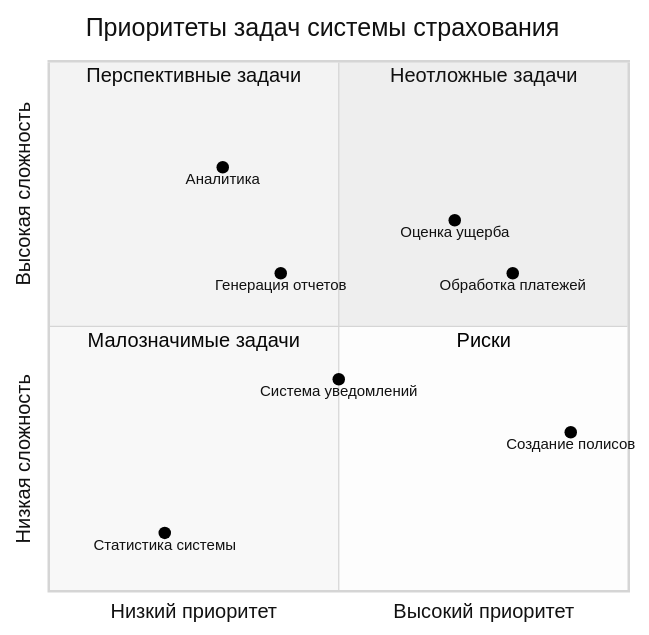
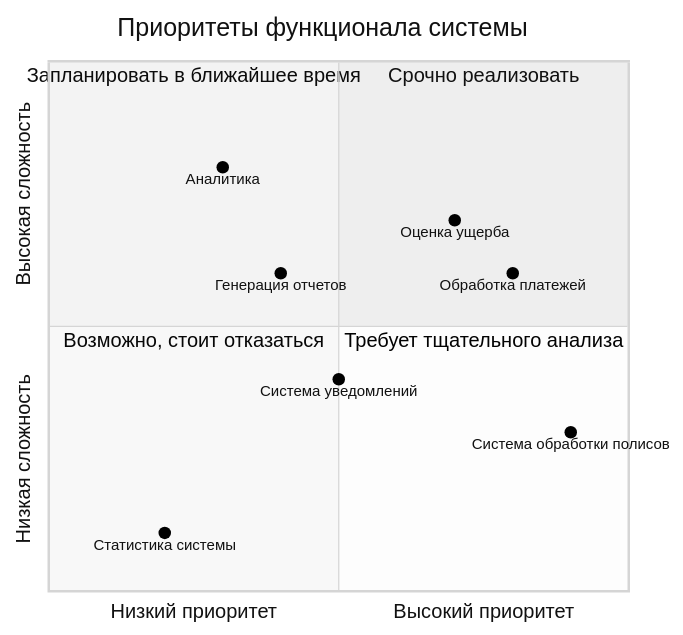
Before and after one commit to at0mchik/pkss12: the second of 4 diagrams in README.md, drawn with Mermaid (neutral theme).

Commit message:
Update README.md 69

````diff
--- a/README.md
+++ b/README.md
@@ -43,17 +43,17 @@
 ```mermaid
 quadrantChart
-    title Приоритеты задач системы страхования
+    title Приоритеты функционала системы
     x-axis "Низкий приоритет" --> "Высокий приоритет"
     y-axis "Низкая сложность" --> "Высокая сложность"
-    quadrant-1 "Неотложные задачи"
-    quadrant-2 "Перспективные задачи"
-    quadrant-3 "Малозначимые задачи"
-    quadrant-4 "Риски"
-    "Создание полисов": [0.9, 0.3]
+    quadrant-1 "Срочно реализовать"
+    quadrant-2 "Запланировать в ближайшее время"
+    quadrant-3 "Возможно, стоит отказаться"
+    quadrant-4 "Требует тщательного анализа"
+    "Система обработки полисов": [0.9, 0.3]
     "Обработка платежей": [0.8, 0.6]
     "Оценка ущерба": [0.7, 0.7]
     "Система уведомлений": [0.5, 0.4]
     "Генерация отчетов": [0.4, 0.6]
     "Аналитика": [0.3, 0.8]
     "Статистика системы": [0.2, 0.11]
 ```
````
